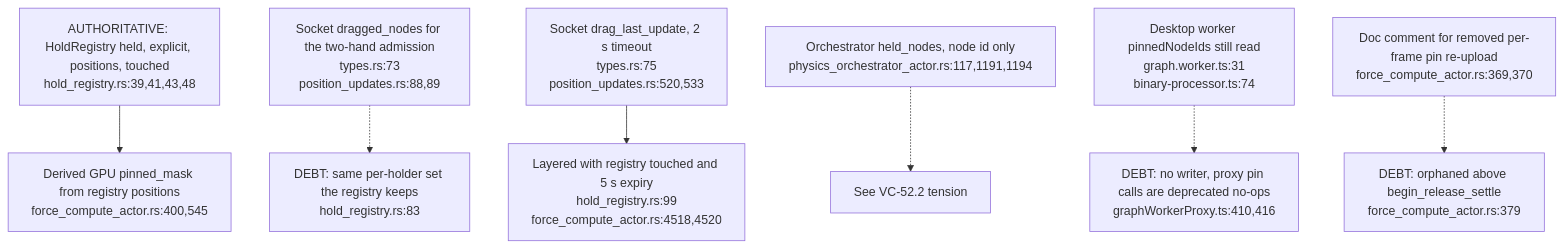
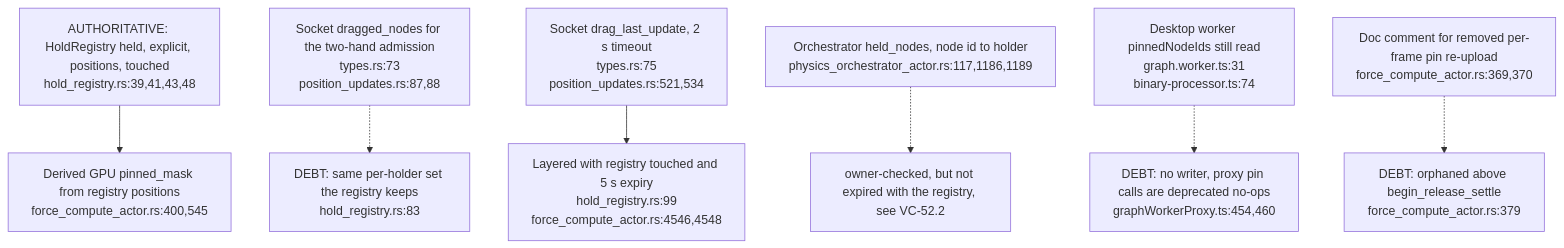
Before and after one commit to DreamLab-AI/VisionFlow: the seventh of 7 diagrams in docs/diagrams/visionclaw/52-drag-holds-and-observation-gates.md, drawn with Mermaid. The commit also changed other lines of this file and 56 other files, not shown here.

First line of the commit message:
docs(diagrams): re-verify VisionClaw topics at ec785afa9, add VC-19/56/57 and the VisionClaw register

````diff
--- a/docs/diagrams/visionclaw/52-drag-holds-and-observation-gates.md
+++ b/docs/diagrams/visionclaw/52-drag-holds-and-observation-gates.md
@@ -158,9 +160,9 @@
 ```mermaid
 flowchart TD
     REG["AUTHORITATIVE: HoldRegistry held, explicit, positions, touched<br/>hold_registry.rs:39,41,43,48"] --> MASK["Derived GPU pinned_mask from registry positions<br/>force_compute_actor.rs:400,545"]
-    SOCK["Socket dragged_nodes for the two-hand admission<br/>types.rs:73<br/>position_updates.rs:88,89"] -.-> D1["DEBT: same per-holder set the registry keeps<br/>hold_registry.rs:83"]
-    TIME["Socket drag_last_update, 2 s timeout<br/>types.rs:75<br/>position_updates.rs:520,533"] --> LAYER["Layered with registry touched and 5 s expiry<br/>hold_registry.rs:99<br/>force_compute_actor.rs:4518,4520"]
-    ORCH["Orchestrator held_nodes, node id only<br/>physics_orchestrator_actor.rs:117,1191,1194"] -.-> T1["See VC-52.2 tension"]
-    DESK["Desktop worker pinnedNodeIds still read<br/>graph.worker.ts:31<br/>binary-processor.ts:74"] -.-> D2["DEBT: no writer, proxy pin calls are deprecated no-ops<br/>graphWorkerProxy.ts:410,416"]
+    SOCK["Socket dragged_nodes for the two-hand admission<br/>types.rs:73<br/>position_updates.rs:87,88"] -.-> D1["DEBT: same per-holder set the registry keeps<br/>hold_registry.rs:83"]
+    TIME["Socket drag_last_update, 2 s timeout<br/>types.rs:75<br/>position_updates.rs:521,534"] --> LAYER["Layered with registry touched and 5 s expiry<br/>hold_registry.rs:99<br/>force_compute_actor.rs:4546,4548"]
+    ORCH["Orchestrator held_nodes, node id to holder<br/>physics_orchestrator_actor.rs:117,1186,1189"] -.-> T1["owner-checked, but not expired with the registry, see VC-52.2"]
+    DESK["Desktop worker pinnedNodeIds still read<br/>graph.worker.ts:31<br/>binary-processor.ts:74"] -.-> D2["DEBT: no writer, proxy pin calls are deprecated no-ops<br/>graphWorkerProxy.ts:454,460"]
     STALE["Doc comment for removed per-frame pin re-upload<br/>force_compute_actor.rs:369,370"] -.-> D3["DEBT: orphaned above begin_release_settle<br/>force_compute_actor.rs:379"]
 ```
````
